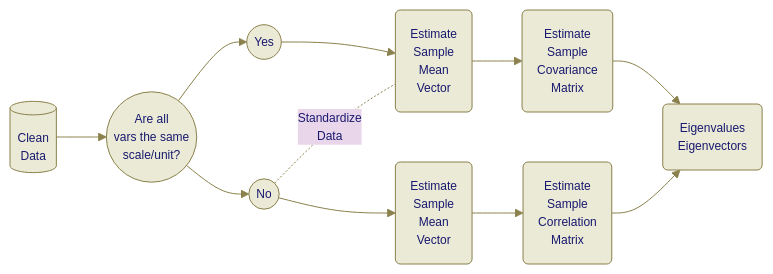
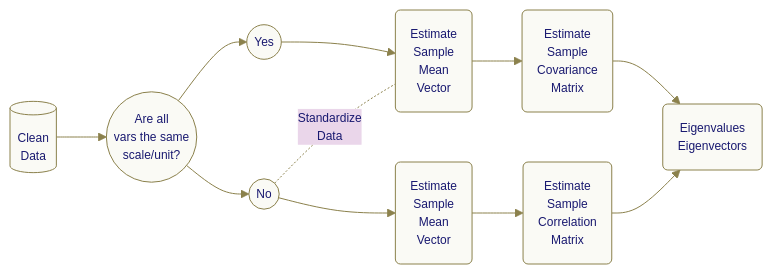
Before and after one commit to bjcarr08/STA6257_Project_PCA: the diagram in slides.qmd, drawn with Mermaid. The commit also changed other lines of this file and 6 other files, not shown here.

````diff
--- a/slides.qmd
+++ b/slides.qmd
@@ -74,17 +75,17 @@
 ```{mermaid, code-fold: hide}
 
-%%{init: {'format': 'svg', 'theme': 'base', 'themeVariables': { 'background': '#FAFAF5', 'primaryColor': '#EAEAD6', 'nodeBorder': '#8B814C', 'lineColor': '#8B814C', 'primaryTextColor': '#191970', 'textColor': '#191970', 'fontSize': '12px', 'width': '100%'}}}%%
+%%{init: {'theme': 'base', 'themeVariables': {'mainBkg': '#FAFAF5', 'background': '#FAFAF5', 'primaryColor': '#EAEAD6', 'nodeBorder': '#8B814C', 'lineColor': '#8B814C', 'primaryTextColor': '#191970', 'textColor': '#191970', 'fontSize': '12px', 'width': '100%'}}}%%
 
 flowchart LR
 A[(Clean<br/>Data)] --> B((Are all<br/>vars the same<br/>scale/unit?))
 B --> C((Yes))
 B --> D((No))
 D -.- |Standardize<br/>Data| E(Estimate<br/>Sample<br/>Mean<br/>Vector)
 C --> E
 D --> F(Estimate<br/>Sample<br/>Mean<br/>Vector)
 E --> G(Estimate<br/>Sample<br/>Covariance<br/>Matrix)
 F --> H(Estimate<br/>Sample<br/>Correlation<br/>Matrix)
 G --> I(Eigenvalues<br/>Eigenvectors)
 H --> I
 
 ```
````
